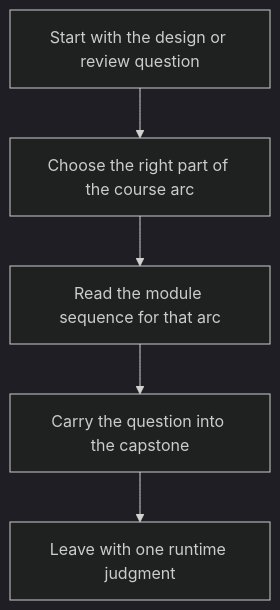
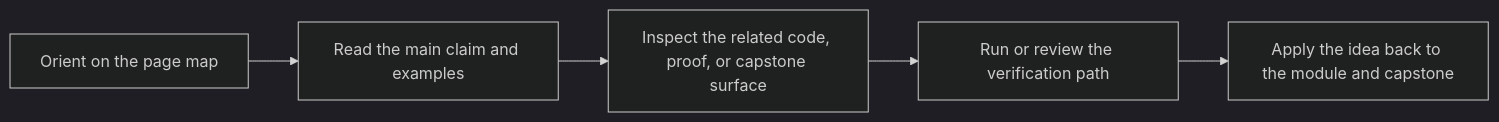
One commit to bijux/bijux-masterclass changed the second of 2 diagrams in programs/python-programming/python-meta-programming/course-book/module-00-orientation/course-map.md. Above: the diagram before and after it, drawn with Mermaid (dark theme). The commit also changed other lines of this file and 55 other files, not shown here.

Commit message:
docs(python-meta-programming): map runtime foundations and inspection routes

````diff
--- a/programs/python-programming/python-meta-programming/course-book/module-00-orientation/course-map.md
+++ b/programs/python-programming/python-meta-programming/course-book/module-00-orientation/course-map.md
@@ -14,7 +18,7 @@
 ```mermaid
-flowchart TD
-  problem["Start with the design or review question"] --> route["Choose the right part of the course arc"]
-  route --> module_work["Read the module sequence for that arc"]
-  module_work --> capstone["Carry the question into the capstone"]
-  capstone --> judgment["Leave with one runtime judgment"]
+flowchart LR
+  orient["Orient on the page map"] --> read["Read the main claim and examples"]
+  read --> inspect["Inspect the related code, proof, or capstone surface"]
+  inspect --> verify["Run or review the verification path"]
+  verify --> apply["Apply the idea back to the module and capstone"]
 ```
````
